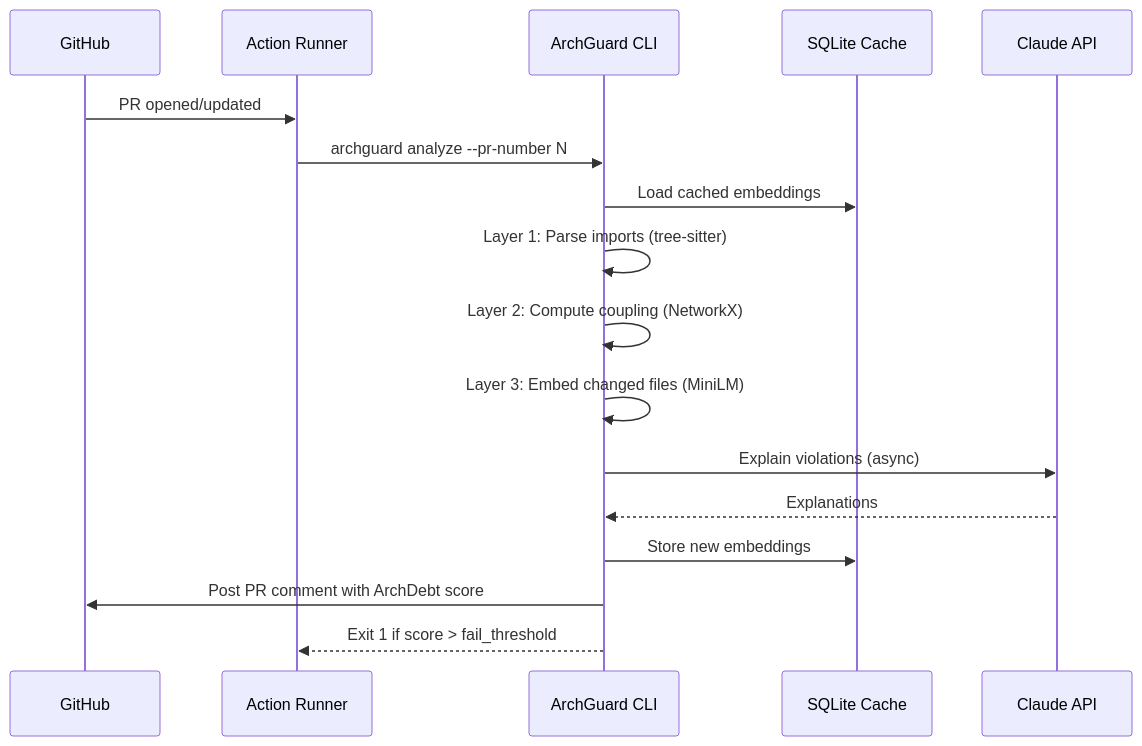
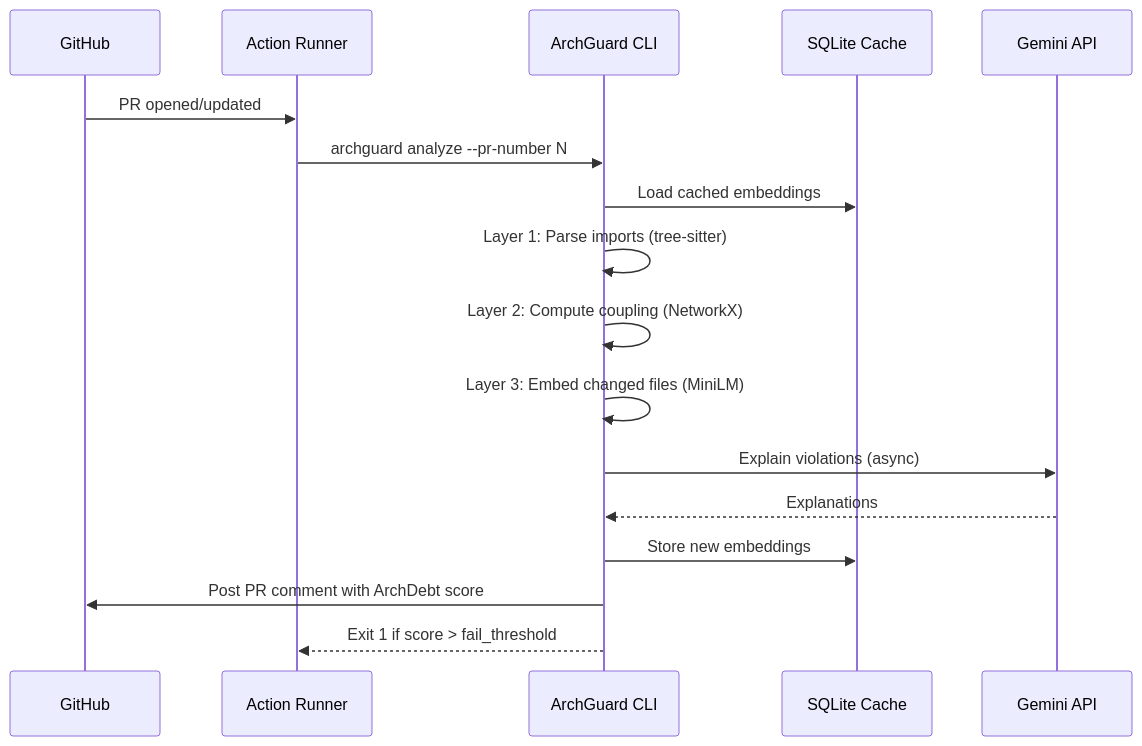
The second of 2 diagrams in README.md (jainamsethia/ArchGuard), drawn with Mermaid before and after one commit. The commit also changed other lines of this file and 27 other files, not shown here.

First line of the commit message:
feat(llm): make Gemini the sole LLM provider

````diff
--- a/README.md
+++ b/README.md
@@ -256,20 +256,20 @@
 ```mermaid
 sequenceDiagram
 participant GH as GitHub
 participant Action as Action Runner
 participant AG as ArchGuard CLI
 participant Cache as SQLite Cache
-participant LLM as Claude API
+participant LLM as Gemini API
 GH->>Action: PR opened/updated
 Action->>AG: archguard analyze --pr-number N
 AG->>Cache: Load cached embeddings
 AG->>AG: Layer 1: Parse imports (tree-sitter)
 AG->>AG: Layer 2: Compute coupling (NetworkX)
 AG->>AG: Layer 3: Embed changed files (MiniLM)
 AG->>LLM: Explain violations (async)
 
 LLM-->>AG: Explanations
 AG->>Cache: Store new embeddings
 AG->>GH: Post PR comment with ArchDebt score
 AG-->>Action: Exit 1 if score > fail_threshold
 ```
````
